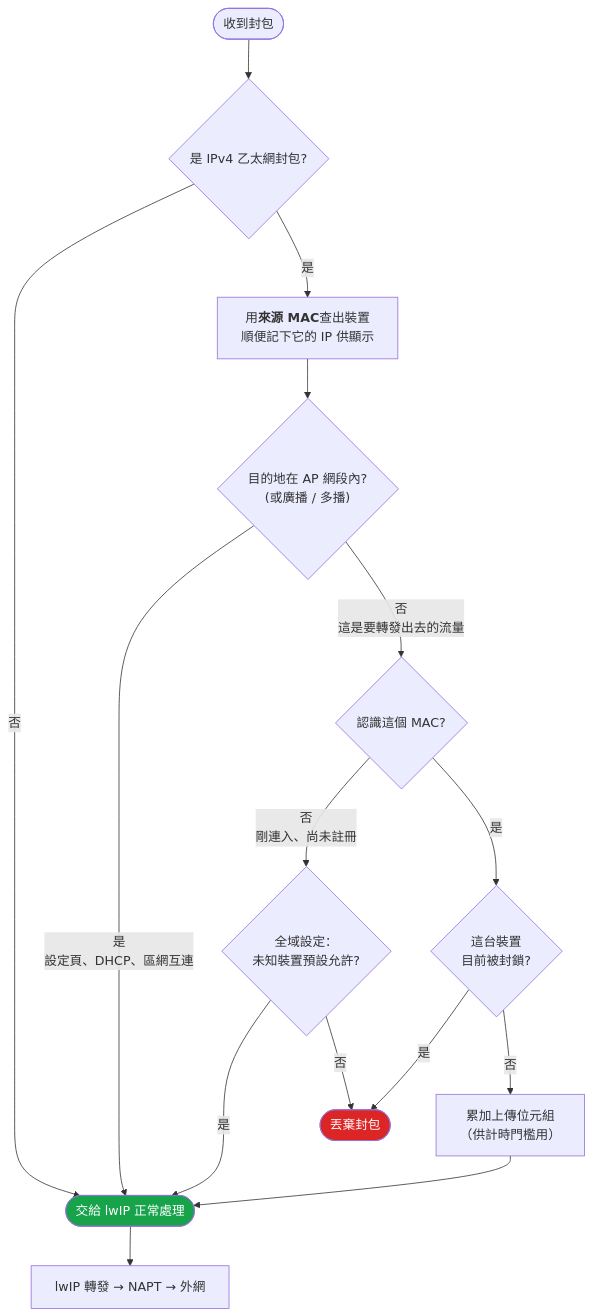
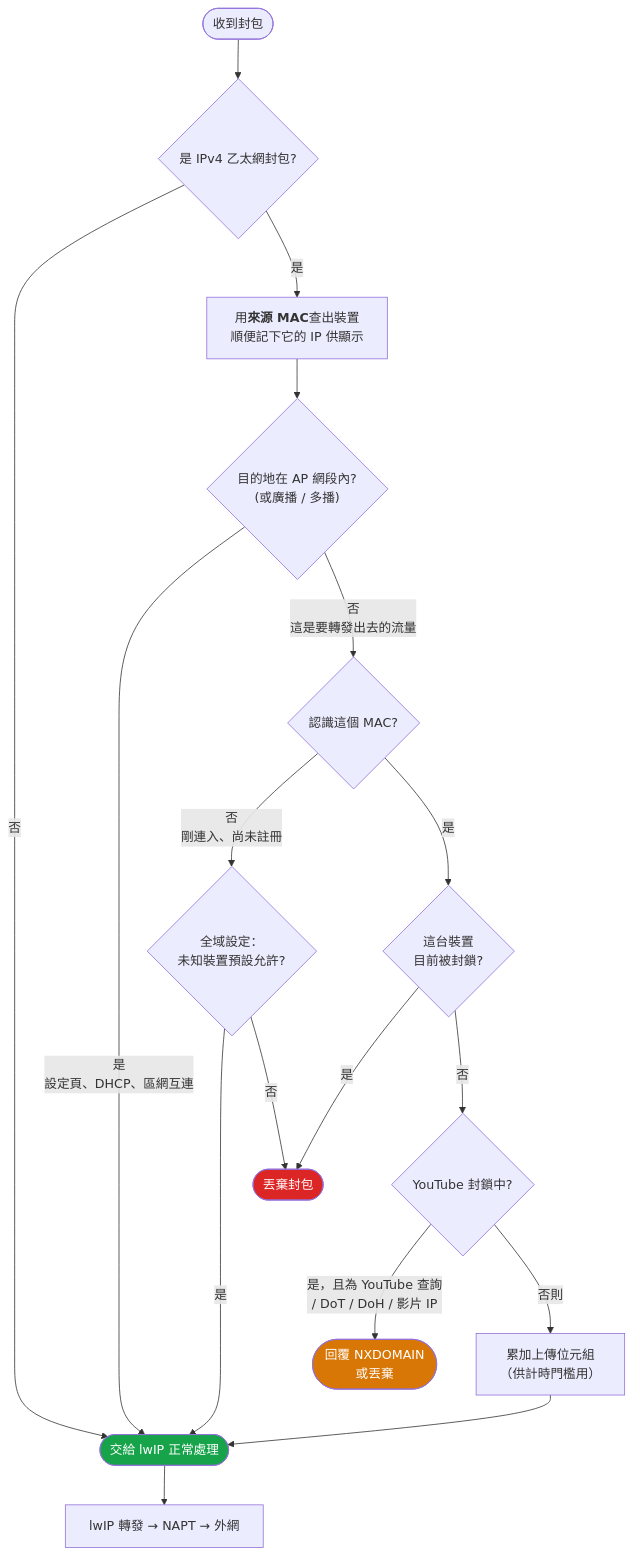
One commit to binomial0418/net-flow-ctrl changed the second of 5 diagrams in README.md. Above: the diagram before and after it, drawn with Mermaid. The commit also changed other lines of this file and 7 other files, not shown here.

First line of the commit message:
feat: add per-device YouTube blocking and YouTube watch-time tracking

````diff
--- a/README.md
+++ b/README.md
@@ -81,20 +84,23 @@
 ```mermaid
 flowchart TD
     START([收到封包]) --> ETH{"是 IPv4 乙太網封包?"}
     ETH -->|否| PASS([交給 lwIP 正常處理])
     ETH -->|是| MAC["用<b>來源 MAC</b>查出裝置<br/>順便記下它的 IP 供顯示"]
     MAC --> LOCAL{"目的地在 AP 網段內?<br/>(或廣播 / 多播)"}
     LOCAL -->|"是<br/>設定頁、DHCP、區網互連"| PASS
     LOCAL -->|"否<br/>這是要轉發出去的流量"| KNOWN{"認識這個 MAC?"}
     KNOWN -->|"否<br/>剛連入、尚未註冊"| DEF{"全域設定：<br/>未知裝置預設允許?"}
     DEF -->|是| PASS
     DEF -->|否| DROP([丟棄封包])
     KNOWN -->|是| BLK{"這台裝置<br/>目前被封鎖?"}
     BLK -->|是| DROP
-    BLK -->|否| CNT["累加上傳位元組<br/>（供計時門檻用）"]
+    BLK -->|否| YT{"YouTube 封鎖中?"}
+    YT -->|"是，且為 YouTube 查詢<br/>/ DoT / DoH / 影片 IP"| YTD(["回覆 NXDOMAIN<br/>或丟棄"])
+    YT -->|否則| CNT["累加上傳位元組<br/>（供計時門檻用）"]
     CNT --> PASS
     PASS --> FWD["lwIP 轉發 → NAPT → 外網"]
 
     style DROP fill:#dc2626,color:#fff
+    style YTD fill:#d97706,color:#fff
     style PASS fill:#16a34a,color:#fff
 ```
````
